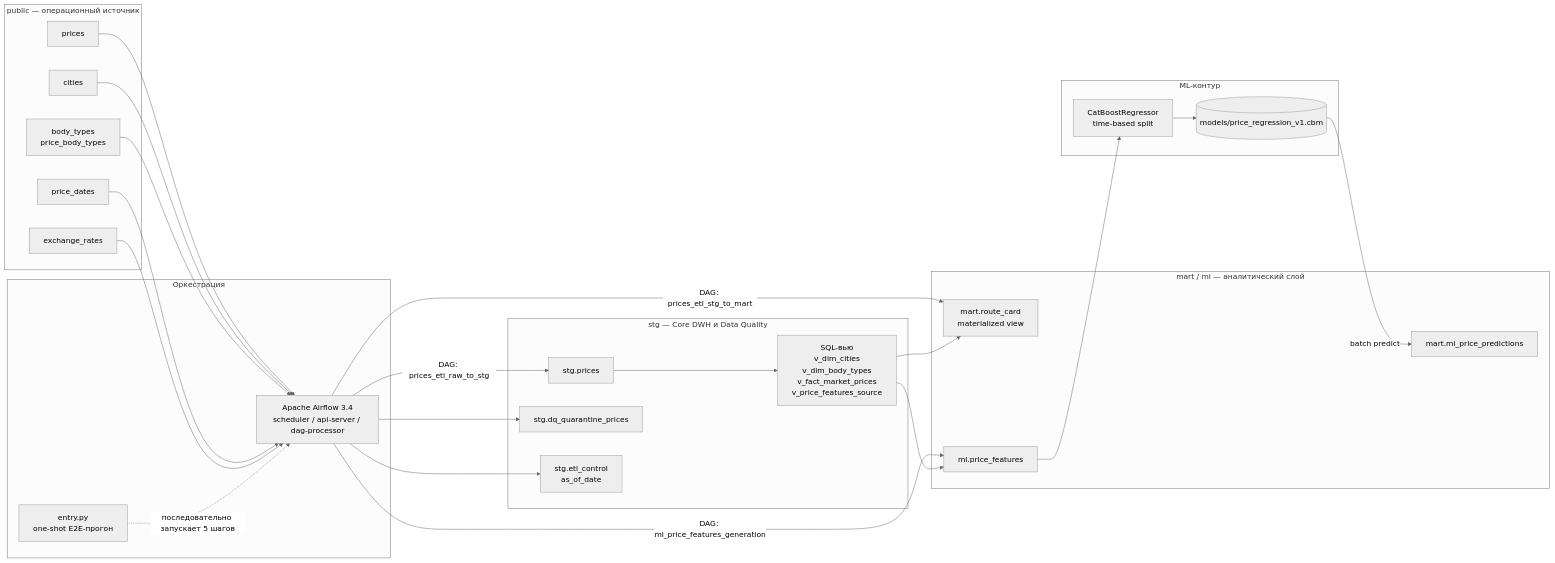
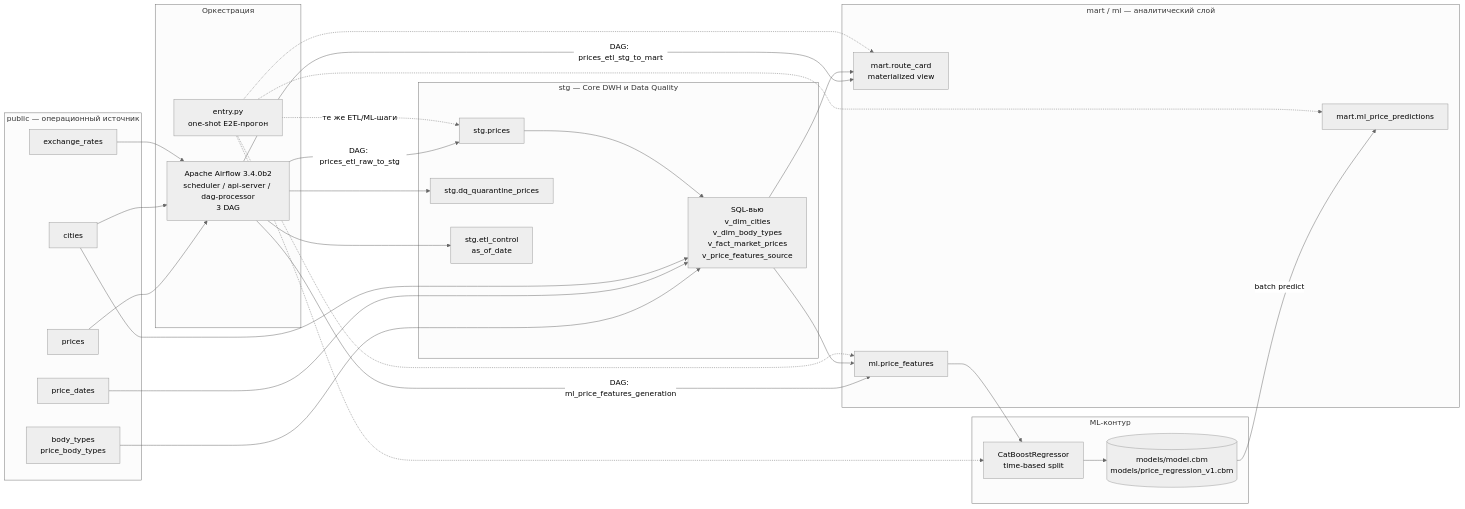
Before and after one commit to anatoliy266/de-interviews-v3: the diagram in README.md, drawn with Mermaid (neutral theme). The commit also changed other lines of this file and 13 other files, not shown here.

````diff
--- a/README.md
+++ b/README.md
@@ -45,51 +38,56 @@
 ```mermaid
 flowchart LR
     subgraph SRC["public — операционный источник"]
         P["prices"]
         C["cities"]
         BT["body_types<br/>price_body_types"]
         PD["price_dates"]
         FX["exchange_rates"]
     end
 
     subgraph ORCH["Оркестрация"]
-        AF["Apache Airflow 3.4<br/>scheduler / api-server / dag-processor"]
+        AF["Apache Airflow 3.4.0b2<br/>scheduler / api-server / dag-processor<br/>3 DAG"]
         CLI["entry.py<br/>one-shot E2E-прогон"]
     end
 
     subgraph STG["stg — Core DWH и Data Quality"]
         SP["stg.prices"]
         SQ["stg.dq_quarantine_prices"]
         EC["stg.etl_control<br/>as_of_date"]
         V["SQL-вью<br/>v_dim_cities<br/>v_dim_body_types<br/>v_fact_market_prices<br/>v_price_features_source"]
     end
 
     subgraph MART["mart / ml — аналитический слой"]
         RC["mart.route_card<br/>materialized view"]
         FE["ml.price_features"]
         PR["mart.ml_price_predictions"]
     end
 
     subgraph MLBOX["ML-контур"]
         TR["CatBoostRegressor<br/>time-based split"]
-        MD[("models/price_regression_v1.cbm")]
+        MD[("models/model.cbm<br/>models/price_regression_v1.cbm")]
     end
 
     P --> AF
     C --> AF
-    BT --> AF
-    PD --> AF
     FX --> AF
+    BT --> V
+    PD --> V
+    C --> V
     AF -->|"DAG: prices_etl_raw_to_stg"| SP
     AF --> SQ
     AF --> EC
     SP --> V
     AF -->|"DAG: prices_etl_stg_to_mart"| RC
     AF -->|"DAG: ml_price_features_generation"| FE
     V --> RC
     V --> FE
     FE --> TR
     TR --> MD
     MD -->|"batch predict"| PR
-    CLI -.->|"последовательно запускает 5 шагов"| AF
+    CLI -.->|"те же ETL/ML-шаги"| SP
+    CLI -.-> RC
+    CLI -.-> FE
+    CLI -.-> TR
+    CLI -.-> PR
 ```
````
